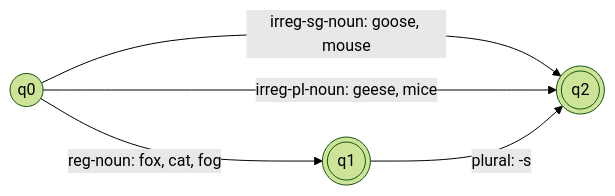
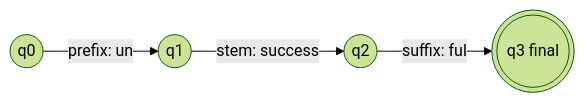
The third of 6 diagrams in content/natural-language-processing/notes/morphology-fst.hi.mdx (TrendySloth1001/sem-seven-notes), drawn with Mermaid (forest theme) before and after one commit. The commit also changed other lines of this file and 406 other files, not shown here.

````diff
--- a/content/natural-language-processing/notes/morphology-fst.hi.mdx
+++ b/content/natural-language-processing/notes/morphology-fst.hi.mdx
@@ -231,8 +112,7 @@
 ```mermaid
-%% caption: English noun inflection ka FSA. Double circles final states hain. Regular noun stem ruk sakta hai (q1) ya plural -s le sakta hai (q2). Irregular nouns seedha q2 pe jaate hain aur -s nahi le sakte.
+%% caption: Stem success ka class FSA. un (prefix), success (stem) aur ful (suffix) order mein padhne par final state aa jaati hai, isliye unsuccessful accept hota hai.
 flowchart LR
-  S(("q0")) -->|"reg-noun: fox, cat, fog"| Q1((("q1")))
-  S -->|"irreg-sg-noun: goose, mouse"| Q2((("q2")))
-  S -->|"irreg-pl-noun: geese, mice"| Q2
-  Q1 -->|"plural: -s"| Q2
+  S(("q0")) -- "prefix: un" --> A(("q1"))
+  A -- "stem: success" --> B(("q2"))
+  B -- "suffix: ful" --> C((("q3 final")))
 ```
````
